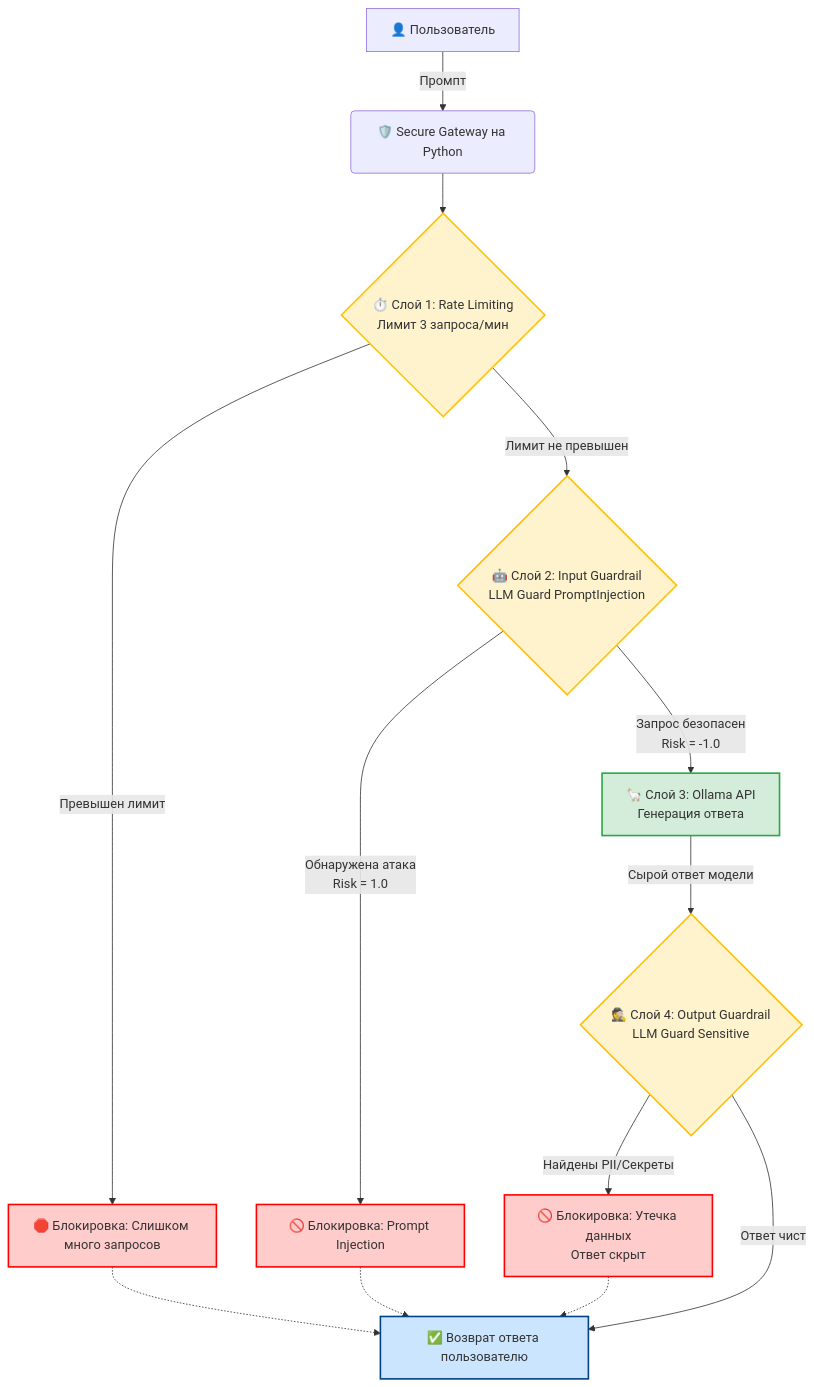
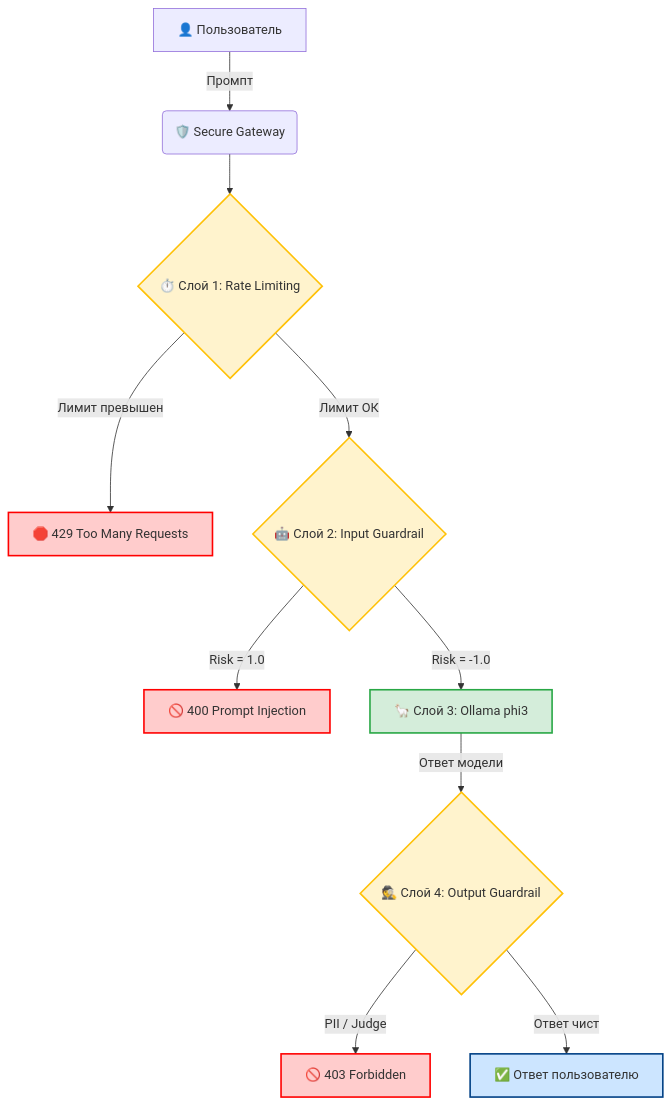
One commit to klubnikindd/AI_Security_Lab changed the second of 9 diagrams in README.md. Above: the diagram before and after it, drawn with Mermaid. The commit also changed other lines of this file, not shown here.

Commit message:
docs: Complete README rewrite — remove duplicates, fix Codespaces link, sync with LLM Judge and Exporter

````diff
--- a/README.md
+++ b/README.md
@@ -135,30 +135,20 @@
 ```mermaid
 graph TD
-    A[👤 Пользователь] -->|Промпт| B(🛡️ Secure Gateway на Python)
-    
-    B --> L1{"⏱️ Слой 1: Rate Limiting<br/>Лимит 3 запроса/мин"}
-    L1 -->|Превышен лимит| Block1[🛑 Блокировка: Слишком много запросов]
-    
-    L1 -->|Лимит не превышен| L2{"🤖 Слой 2: Input Guardrail<br/>LLM Guard PromptInjection"}
-    L2 -->|"Обнаружена атака<br/>Risk = 1.0"| Block2[🚫 Блокировка: Prompt Injection]
-    
-    L2 -->|"Запрос безопасен<br/>Risk = -1.0"| L3[🦙 Слой 3: Ollama API<br/>Генерация ответа]
-    
-    L3 -->|Сырой ответ модели| L4{"🕵️ Слой 4: Output Guardrail<br/>LLM Guard Sensitive"}
-    
-    L4 -->|Найдены PII/Секреты| Block3[🚫 Блокировка: Утечка данных<br/>Ответ скрыт]
-    
-    L4 -->|Ответ чист| F[✅ Возврат ответа пользователю]
-    Block1 -.-> F
-    Block2 -.-> F
-    Block3 -.-> F
-
+    A["👤 Пользователь"] -->|"Промпт"| B("🛡️ Secure Gateway")
+    B --> L1{"⏱️ Слой 1: Rate Limiting"}
+    L1 -->|"Лимит превышен"| Block1["🛑 429 Too Many Requests"]
+    L1 -->|"Лимит ОК"| L2{"🤖 Слой 2: Input Guardrail"}
+    L2 -->|"Risk = 1.0"| Block2["🚫 400 Prompt Injection"]
+    L2 -->|"Risk = -1.0"| L3["🦙 Слой 3: Ollama phi3"]
+    L3 -->|"Ответ модели"| L4{"🕵️ Слой 4: Output Guardrail"}
+    L4 -->|"PII / Judge"| Block3["🚫 403 Forbidden"]
+    L4 -->|"Ответ чист"| F["✅ Ответ пользователю"]
     style Block1 fill:#ffcccc,stroke:#ff0000,stroke-width:2px
     style Block2 fill:#ffcccc,stroke:#ff0000,stroke-width:2px
     style Block3 fill:#ffcccc,stroke:#ff0000,stroke-width:2px
     style L3 fill:#d4edda,stroke:#28a745,stroke-width:2px
     style L1 fill:#fff3cd,stroke:#ffc107,stroke-width:2px
     style L2 fill:#fff3cd,stroke:#ffc107,stroke-width:2px
     style L4 fill:#fff3cd,stroke:#ffc107,stroke-width:2px
     style F fill:#cce5ff,stroke:#004085,stroke-width:2px
 ```
````
